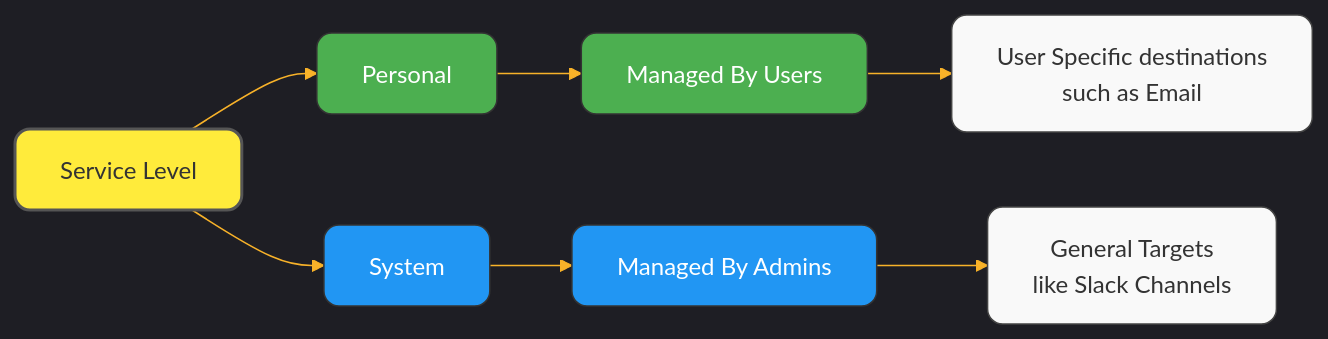
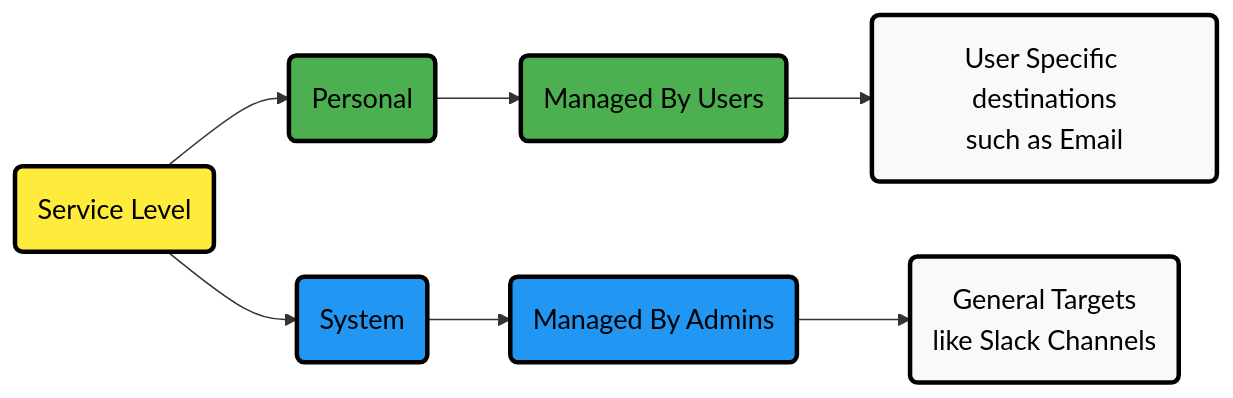
The first of 3 diagrams in docs/alerts-and-notifications/notifications/centralized-cloud-notifications/centralized-cloud-notifications-reference.md (netdata/netdata), drawn with Mermaid before and after one commit. The commit also changed other lines of this file and 21 other files, not shown here.

Commit message:
Fix Mermaid diagrams across multiple files

````diff
--- a/docs/alerts-and-notifications/notifications/centralized-cloud-notifications/centralized-cloud-notifications-reference.md
+++ b/docs/alerts-and-notifications/notifications/centralized-cloud-notifications/centralized-cloud-notifications-reference.md
@@ -35,20 +35,23 @@
 ```mermaid
-%%{init: {'theme': 'dark', 'themeVariables': { 'primaryColor': '#2b2b2b', 'primaryTextColor': '#fff', 'primaryBorderColor': '#7C0000', 'lineColor': '#F8B229', 'secondaryColor': '#006100', 'tertiaryColor': '#333'}}}%%
 flowchart LR
-    ServiceLevel[Service Level] --> Personal[Personal]
-    ServiceLevel --> System[System]
+    ServiceLevel("Service Level") --> Personal("Personal")
+    ServiceLevel --> System("System")
     
-    Personal --> PersonalManaged[Managed By Users]
-    System --> SystemManaged[Managed By Admins]
+    Personal --> PersonalManaged("Managed By Users")
+    System --> SystemManaged("Managed By Admins")
     
-    PersonalManaged --> PersonalDest[User Specific destinations<br/>such as Email]
-    SystemManaged --> SystemDest[General Targets<br/>like Slack Channels]
+    PersonalManaged --> PersonalDest("User Specific destinations<br/>such as Email")
+    SystemManaged --> SystemDest("General Targets<br/>like Slack Channels")
     
-    style ServiceLevel fill:#ffeb3b,stroke:#555,color:#333,stroke-width:2px,rx:10,ry:10
-    style Personal fill:#4caf50,stroke:#333,color:#fff,stroke-width:1px,rx:10,ry:10
-    style System fill:#2196F3,stroke:#333,color:#fff,stroke-width:1px,rx:10,ry:10
-    style PersonalManaged fill:#4caf50,stroke:#333,color:#fff,stroke-width:1px,rx:10,ry:10
-    style SystemManaged fill:#2196F3,stroke:#333,color:#fff,stroke-width:1px,rx:10,ry:10
-    style PersonalDest fill:#f9f9f9,stroke:#444,color:#333,stroke-width:1px,rx:10,ry:10
-    style SystemDest fill:#f9f9f9,stroke:#444,color:#333,stroke-width:1px,rx:10,ry:10
+    %% Style definitions
+    classDef alert fill:#ffeb3b,stroke:#000000,stroke-width:3px,color:#000000,font-size:18px
+    classDef neutral fill:#f9f9f9,stroke:#000000,stroke-width:3px,color:#000000,font-size:18px
+    classDef complete fill:#4caf50,stroke:#000000,stroke-width:3px,color:#000000,font-size:18px
+    classDef database fill:#2196F3,stroke:#000000,stroke-width:3px,color:#000000,font-size:18px
+
+    %% Apply styles
+    class ServiceLevel alert
+    class Personal,PersonalManaged complete
+    class System,SystemManaged database
+    class PersonalDest,SystemDest neutral
 ```
````
